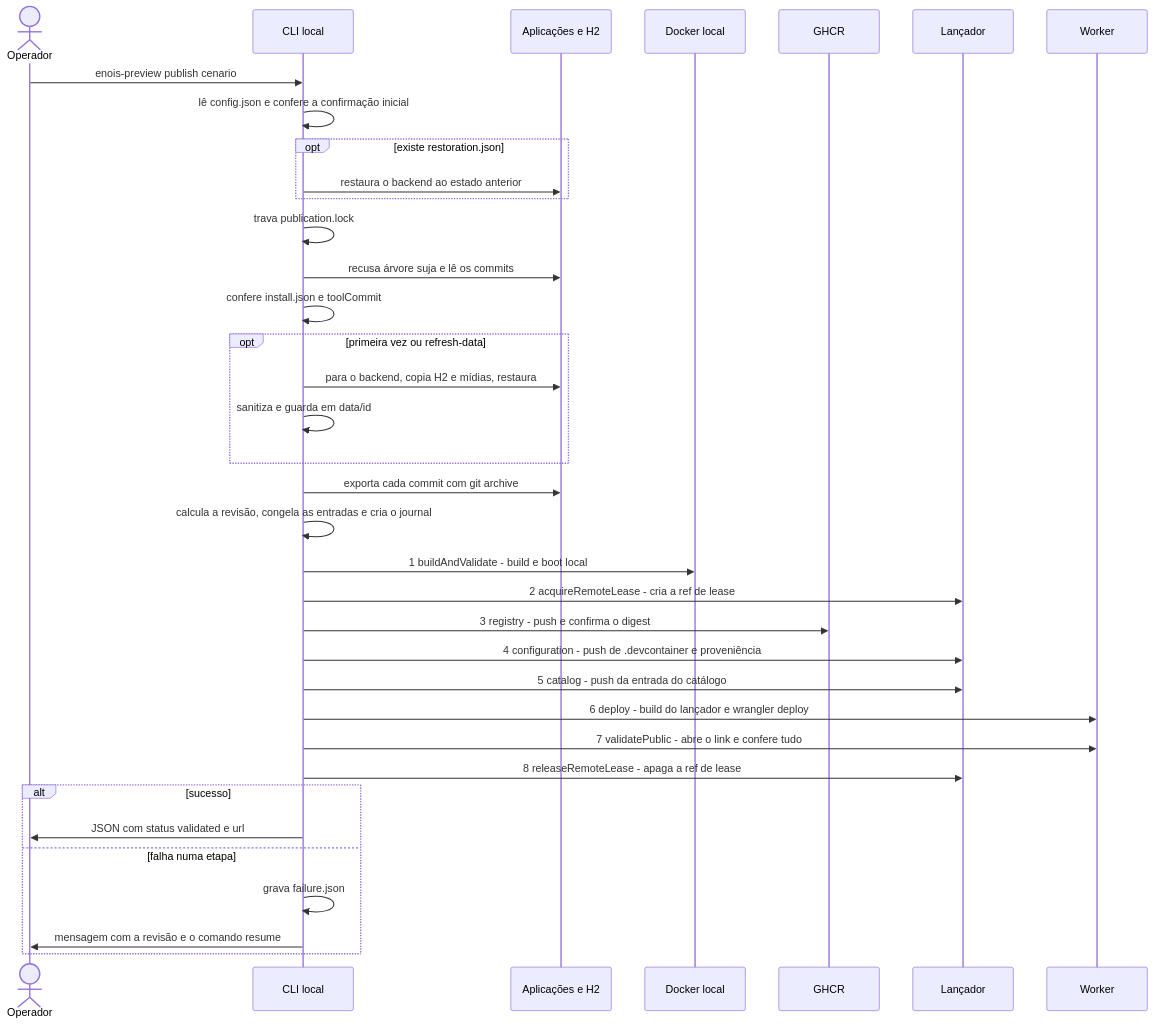
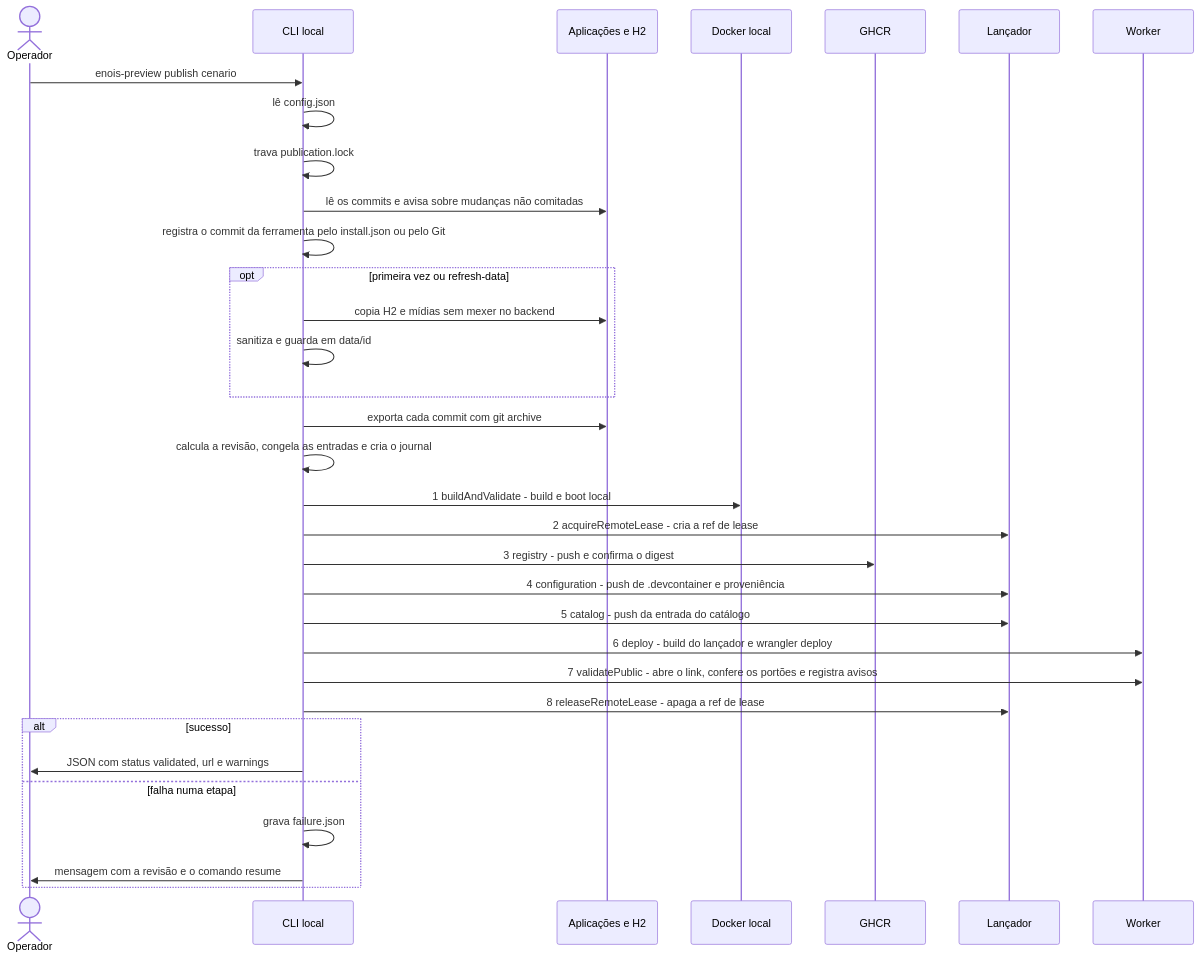
Before and after one commit to renanfranca/enois-preview: the second of 3 diagrams in docs/pt-BR/FLOW.md, drawn with Mermaid. The commit also changed other lines of this file and 73 other files, not shown here.

````diff
--- a/docs/pt-BR/FLOW.md
+++ b/docs/pt-BR/FLOW.md
@@ -48,39 +48,36 @@
 ```mermaid
 sequenceDiagram
   actor Op as Operador
   participant CLI as CLI local
   participant Apps as Aplicações e H2
   participant Docker as Docker local
   participant GHCR as GHCR
   participant L as Lançador
   participant W as Worker
 
   Op->>CLI: enois-preview publish cenario
-  CLI->>CLI: lê config.json e confere a confirmação inicial
-  opt existe restoration.json
-    CLI->>Apps: restaura o backend ao estado anterior
-  end
+  CLI->>CLI: lê config.json
   CLI->>CLI: trava publication.lock
-  CLI->>Apps: recusa árvore suja e lê os commits
-  CLI->>CLI: confere install.json e toolCommit
+  CLI->>Apps: lê os commits e avisa sobre mudanças não comitadas
+  CLI->>CLI: registra o commit da ferramenta pelo install.json ou pelo Git
   opt primeira vez ou refresh-data
-    CLI->>Apps: para o backend, copia H2 e mídias, restaura
+    CLI->>Apps: copia H2 e mídias sem mexer no backend
     CLI->>CLI: sanitiza e guarda em data/id
   end
   CLI->>Apps: exporta cada commit com git archive
   CLI->>CLI: calcula a revisão, congela as entradas e cria o journal
   CLI->>Docker: 1 buildAndValidate - build e boot local
   CLI->>L: 2 acquireRemoteLease - cria a ref de lease
   CLI->>GHCR: 3 registry - push e confirma o digest
   CLI->>L: 4 configuration - push de .devcontainer e proveniência
   CLI->>L: 5 catalog - push da entrada do catálogo
   CLI->>W: 6 deploy - build do lançador e wrangler deploy
-  CLI->>W: 7 validatePublic - abre o link e confere tudo
+  CLI->>W: 7 validatePublic - abre o link, confere os portões e registra avisos
   CLI->>L: 8 releaseRemoteLease - apaga a ref de lease
   alt sucesso
-    CLI->>Op: JSON com status validated e url
+    CLI->>Op: JSON com status validated, url e warnings
   else falha numa etapa
     CLI->>CLI: grava failure.json
     CLI->>Op: mensagem com a revisão e o comando resume
   end
 ```
````
